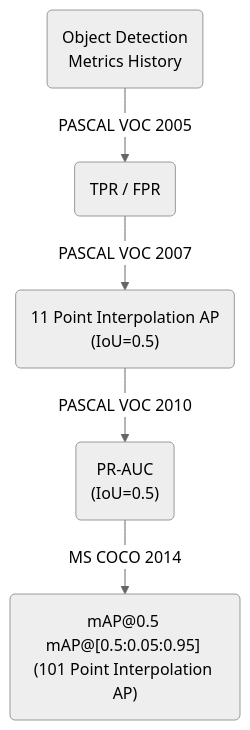
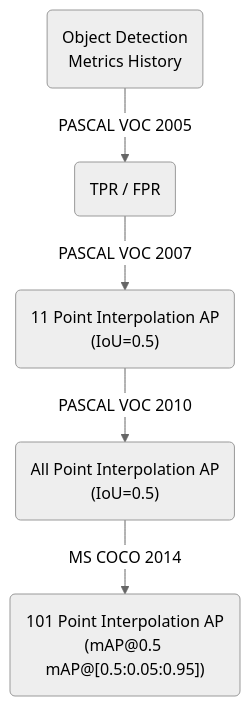
Before and after one commit to junxnone/aiwiki: the diagram in docs/0230_ML_Metrics_Detection.md, drawn with Mermaid (neutral theme). The commit also changed other lines of this file, not shown here.

Commit message:
Add new comment

````diff
--- a/docs/0230_ML_Metrics_Detection.md
+++ b/docs/0230_ML_Metrics_Detection.md
@@ -26,9 +27,9 @@
 ```mermaid
 
 graph TD
     O(Object Detection \n Metrics History)--> |PASCAL VOC 2005| V1(TPR / FPR)
     V1 --> |PASCAL VOC 2007| V2("11 Point Interpolation AP \n (IoU=0.5)")
-    V2 --> |PASCAL VOC 2010| V3("PR-AUC \n (IoU=0.5)")
-    V3 --> |MS COCO 2014| V4("mAP@0.5 mAP@[0.5:0.05:0.95] \n(101 Point Interpolation AP)")
+    V2 --> |PASCAL VOC 2010| V3("All Point Interpolation AP \n (IoU=0.5)")
+    V3 --> |MS COCO 2014| V4(" 101 Point Interpolation AP\n(mAP@0.5 mAP@[0.5:0.05:0.95])")
 
 ```
````
